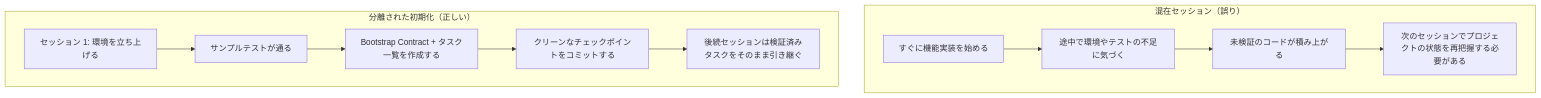
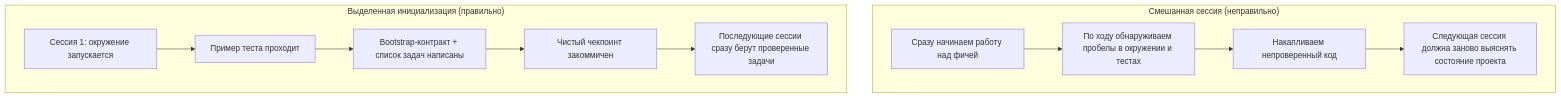
Before and after one commit to mkusaka/learn-harness-engineering: the diagram in docs/ru/lectures/lecture-06-why-initialization-needs-its-own-phase/index.md, drawn with Mermaid. The commit also changed other lines of this file and 684 other files, not shown here.

````diff
--- a/docs/ru/lectures/lecture-06-why-initialization-needs-its-own-phase/index.md
+++ b/docs/ru/lectures/lecture-06-why-initialization-needs-its-own-phase/index.md
@@ -22,15 +22,15 @@
 ```mermaid
 flowchart TB
-    subgraph Wrong["混在セッション（誤り）"]
-        W1["すぐに機能実装を始める"] --> W2["途中で環境やテストの不足に気づく"]
-        W2 --> W3["未検証のコードが積み上がる"]
-        W3 --> W4["次のセッションでプロジェクトの状態を再把握する必要がある"]
+    subgraph Wrong["Смешанная сессия (неправильно)"]
+        W1["Сразу начинаем работу над фичей"] --> W2["По ходу обнаруживаем пробелы в окружении и тестах"]
+        W2 --> W3["Накапливаем непроверенный код"]
+        W3 --> W4["Следующая сессия должна заново выяснять состояние проекта"]
     end
 
-    subgraph Right["分離された初期化（正しい）"]
-        R1["セッション 1: 環境を立ち上げる"] --> R2["サンプルテストが通る"]
-        R2 --> R3["Bootstrap Contract + タスク一覧を作成する"]
-        R3 --> R4["クリーンなチェックポイントをコミットする"]
-        R4 --> R5["後続セッションは検証済みタスクをそのまま引き継ぐ"]
+    subgraph Right["Выделенная инициализация (правильно)"]
+        R1["Сессия 1: окружение запускается"] --> R2["Пример теста проходит"]
+        R2 --> R3["Bootstrap-контракт + список задач написаны"]
+        R3 --> R4["Чистый чекпоинт закоммичен"]
+        R4 --> R5["Последующие сессии сразу берут проверенные задачи"]
     end
 ```
````
